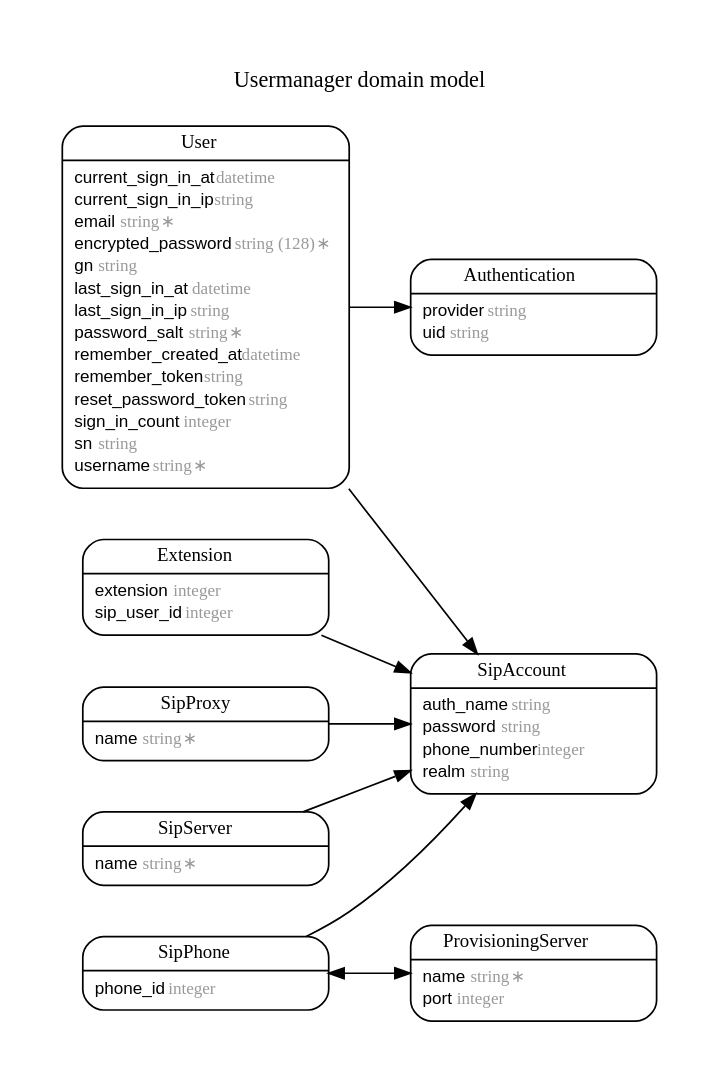
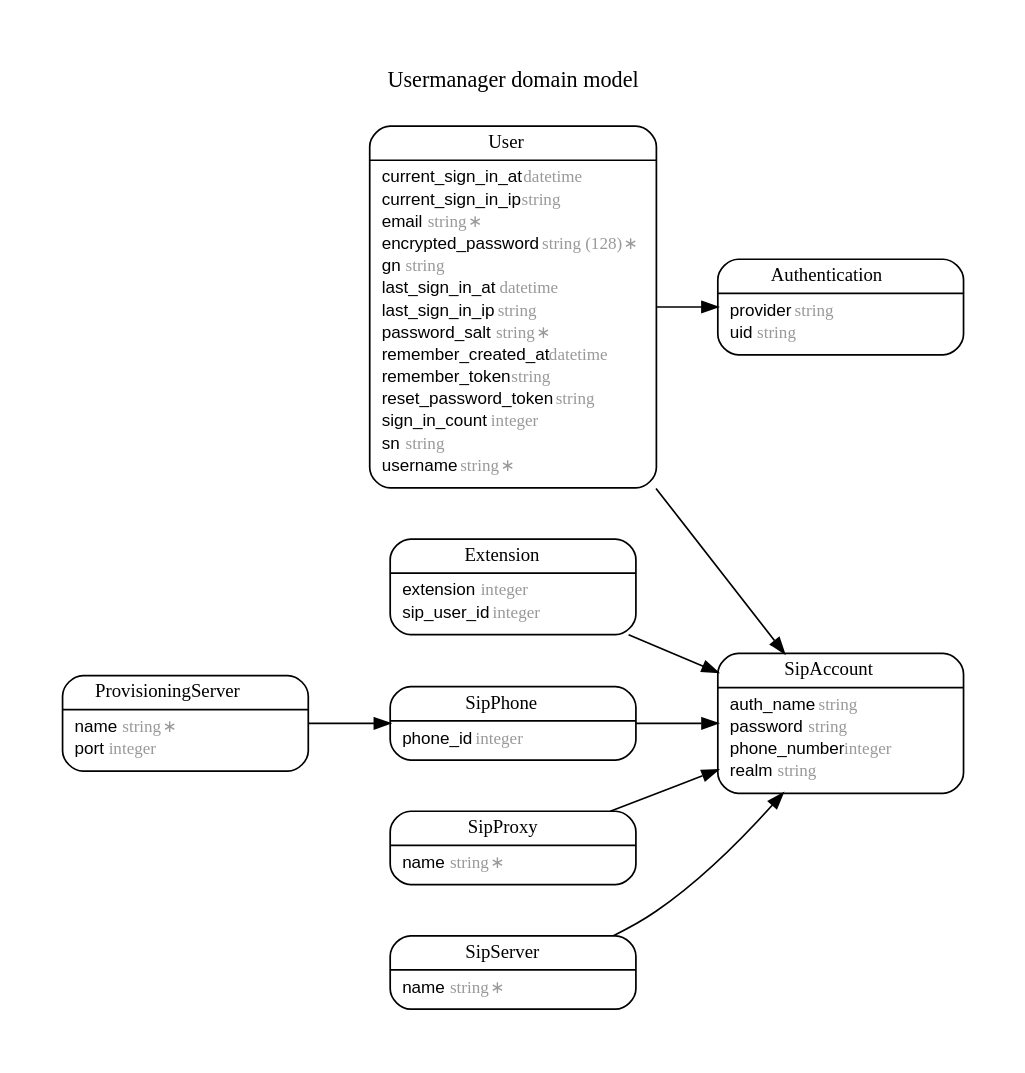
Before and after one commit to amooma/GS4: the diagram in ERD.dot, drawn with Graphviz.

Commit message:
./script/erd

```diff
--- a/ERD.dot
+++ b/ERD.dot
@@ -1,97 +1,96 @@
 digraph Usermanager {
   rankdir = "LR"; ranksep = "0.5"; nodesep = "0.4"; pad = "0.4,0.4"; margin = "0,0"; concentrate = "true"; labelloc = "t"; fontsize = "13"; fontname = "Arial Bold";
   node [shape = "Mrecord", fontsize = "10", fontname = "Arial", margin = "0.07,0.05", penwidth = "1.0"];
   edge [fontname = "Arial", fontsize = "7", dir = "both", arrowsize = "0.9", penwidth = "1.0", labelangle = "32", labeldistance = "1.8"];
   label = "Usermanager domain model\n\n";
   Authentication [label = <<table border="0" align="center" cellspacing="0.5" cellpadding="0" width="134">
   <tr><td align="center" valign="bottom" width="130"><font face="Arial Bold" point-size="11">Authentication</font></td></tr>
 </table>
 |
 <table border="0" align="left" cellspacing="2" cellpadding="0" width="134">
   <tr><td align="left" width="130" port="provider">provider <font face="Arial Italic" color="grey60">string</font></td></tr>
   <tr><td align="left" width="130" port="uid">uid <font face="Arial Italic" color="grey60">string</font></td></tr>
 </table>
 >];
   Extension [label = <<table border="0" align="center" cellspacing="0.5" cellpadding="0" width="134">
   <tr><td align="center" valign="bottom" width="130"><font face="Arial Bold" point-size="11">Extension</font></td></tr>
 </table>
 |
 <table border="0" align="left" cellspacing="2" cellpadding="0" width="134">
   <tr><td align="left" width="130" port="extension">extension <font face="Arial Italic" color="grey60">integer</font></td></tr>
   <tr><td align="left" width="130" port="sip_user_id">sip_user_id <font face="Arial Italic" color="grey60">integer</font></td></tr>
 </table>
 >];
   ProvisioningServer [label = <<table border="0" align="center" cellspacing="0.5" cellpadding="0" width="134">
   <tr><td align="center" valign="bottom" width="130"><font face="Arial Bold" point-size="11">ProvisioningServer</font></td></tr>
 </table>
 |
 <table border="0" align="left" cellspacing="2" cellpadding="0" width="134">
   <tr><td align="left" width="130" port="name">name <font face="Arial Italic" color="grey60">string ∗</font></td></tr>
   <tr><td align="left" width="130" port="port">port <font face="Arial Italic" color="grey60">integer</font></td></tr>
 </table>
 >];
   SipAccount [label = <<table border="0" align="center" cellspacing="0.5" cellpadding="0" width="134">
   <tr><td align="center" valign="bottom" width="130"><font face="Arial Bold" point-size="11">SipAccount</font></td></tr>
 </table>
 |
 <table border="0" align="left" cellspacing="2" cellpadding="0" width="134">
   <tr><td align="left" width="130" port="auth_name">auth_name <font face="Arial Italic" color="grey60">string</font></td></tr>
   <tr><td align="left" width="130" port="password">password <font face="Arial Italic" color="grey60">string</font></td></tr>
   <tr><td align="left" width="130" port="phone_number">phone_number <font face="Arial Italic" color="grey60">integer</font></td></tr>
   <tr><td align="left" width="130" port="realm">realm <font face="Arial Italic" color="grey60">string</font></td></tr>
 </table>
 >];
   SipPhone [label = <<table border="0" align="center" cellspacing="0.5" cellpadding="0" width="134">
   <tr><td align="center" valign="bottom" width="130"><font face="Arial Bold" point-size="11">SipPhone</font></td></tr>
 </table>
 |
 <table border="0" align="left" cellspacing="2" cellpadding="0" width="134">
   <tr><td align="left" width="130" port="phone_id">phone_id <font face="Arial Italic" color="grey60">integer</font></td></tr>
 </table>
 >];
   SipProxy [label = <<table border="0" align="center" cellspacing="0.5" cellpadding="0" width="134">
   <tr><td align="center" valign="bottom" width="130"><font face="Arial Bold" point-size="11">SipProxy</font></td></tr>
 </table>
 |
 <table border="0" align="left" cellspacing="2" cellpadding="0" width="134">
   <tr><td align="left" width="130" port="name">name <font face="Arial Italic" color="grey60">string ∗</font></td></tr>
 </table>
 >];
   SipServer [label = <<table border="0" align="center" cellspacing="0.5" cellpadding="0" width="134">
   <tr><td align="center" valign="bottom" width="130"><font face="Arial Bold" point-size="11">SipServer</font></td></tr>
 </table>
 |
 <table border="0" align="left" cellspacing="2" cellpadding="0" width="134">
   <tr><td align="left" width="130" port="name">name <font face="Arial Italic" color="grey60">string ∗</font></td></tr>
 </table>
 >];
   User [label = <<table border="0" align="center" cellspacing="0.5" cellpadding="0" width="134">
   <tr><td align="center" valign="bottom" width="130"><font face="Arial Bold" point-size="11">User</font></td></tr>
 </table>
 |
 <table border="0" align="left" cellspacing="2" cellpadding="0" width="134">
   <tr><td align="left" width="130" port="current_sign_in_at">current_sign_in_at <font face="Arial Italic" color="grey60">datetime</font></td></tr>
   <tr><td align="left" width="130" port="current_sign_in_ip">current_sign_in_ip <font face="Arial Italic" color="grey60">string</font></td></tr>
   <tr><td align="left" width="130" port="email">email <font face="Arial Italic" color="grey60">string ∗</font></td></tr>
   <tr><td align="left" width="130" port="encrypted_password">encrypted_password <font face="Arial Italic" color="grey60">string (128) ∗</font></td></tr>
   <tr><td align="left" width="130" port="gn">gn <font face="Arial Italic" color="grey60">string</font></td></tr>
   <tr><td align="left" width="130" port="last_sign_in_at">last_sign_in_at <font face="Arial Italic" color="grey60">datetime</font></td></tr>
   <tr><td align="left" width="130" port="last_sign_in_ip">last_sign_in_ip <font face="Arial Italic" color="grey60">string</font></td></tr>
   <tr><td align="left" width="130" port="password_salt">password_salt <font face="Arial Italic" color="grey60">string ∗</font></td></tr>
   <tr><td align="left" width="130" port="remember_created_at">remember_created_at <font face="Arial Italic" color="grey60">datetime</font></td></tr>
   <tr><td align="left" width="130" port="remember_token">remember_token <font face="Arial Italic" color="grey60">string</font></td></tr>
   <tr><td align="left" width="130" port="reset_password_token">reset_password_token <font face="Arial Italic" color="grey60">string</font></td></tr>
   <tr><td align="left" width="130" port="sign_in_count">sign_in_count <font face="Arial Italic" color="grey60">integer</font></td></tr>
   <tr><td align="left" width="130" port="sn">sn <font face="Arial Italic" color="grey60">string</font></td></tr>
   <tr><td align="left" width="130" port="username">username <font face="Arial Italic" color="grey60">string ∗</font></td></tr>
 </table>
 >];
   User -> Authentication [arrowhead = "normal", arrowtail = "none", weight = "2"]
   User -> SipAccount [arrowhead = "normal", arrowtail = "none", weight = "2"]
   Extension -> SipAccount [arrowhead = "normal", arrowtail = "none", weight = "2"]
-  ProvisioningServer -> SipPhone [arrowhead = "normal", arrowtail = "none", weight = "1"]
+  ProvisioningServer -> SipPhone [arrowhead = "normal", arrowtail = "none", weight = "2"]
   SipServer -> SipAccount [arrowhead = "normal", arrowtail = "none", weight = "2"]
   SipProxy -> SipAccount [arrowhead = "normal", arrowtail = "none", weight = "2"]
   SipPhone -> SipAccount [arrowhead = "normal", arrowtail = "none", weight = "2"]
-  SipPhone -> ProvisioningServer [arrowhead = "normal", arrowtail = "none", weight = "1"]
 }
```
